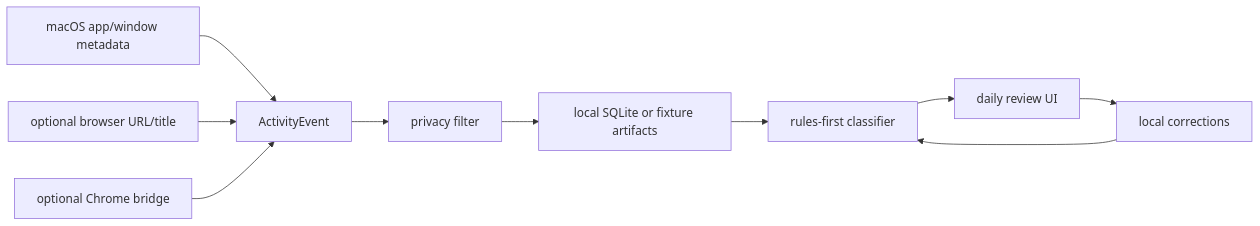
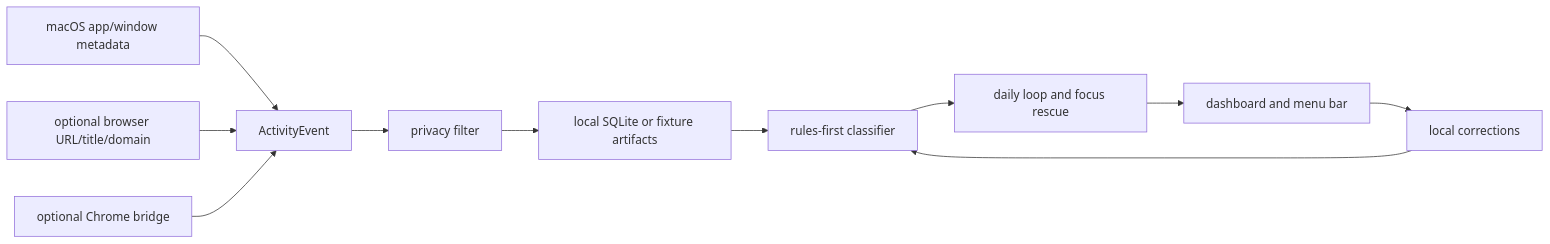
The diagram in README.md (krishnangopal1810/intent-os), drawn with Mermaid before and after one commit. The commit also changed other lines of this file and 70 other files, not shown here.

First line of the commit message:
Add focus rescue beta loop

````diff
--- a/README.md
+++ b/README.md
@@ -185,12 +171,13 @@
 ```mermaid
 flowchart LR
   A["macOS app/window metadata"] --> D["ActivityEvent"]
-  B["optional browser URL/title"] --> D
+  B["optional browser URL/title/domain"] --> D
   C["optional Chrome bridge"] --> D
   D --> E["privacy filter"]
   E --> F["local SQLite or fixture artifacts"]
   F --> G["rules-first classifier"]
-  G --> H["daily review UI"]
-  H --> I["local corrections"]
-  I --> G
+  G --> H["daily loop and focus rescue"]
+  H --> I["dashboard and menu bar"]
+  I --> J["local corrections"]
+  J --> G
 ```
````
